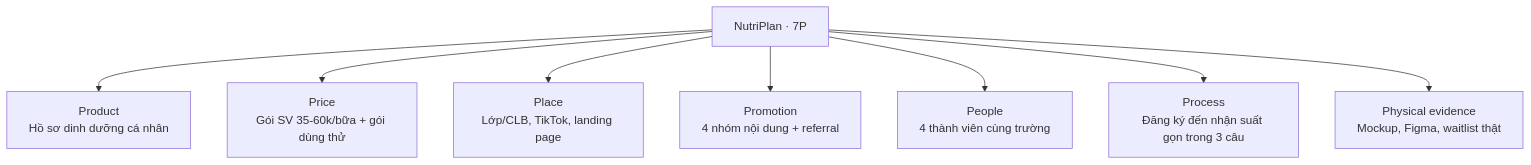
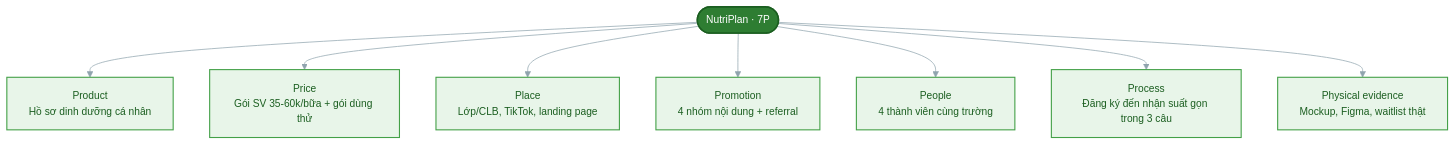
The second of 2 diagrams in docs/PA3-quang-ba/05-kenh-quang-ba.md (KieuDuyennn/start-up_nutriplan), drawn with Mermaid before and after one commit. The commit also changed other lines of this file, not shown here.

Commit message:
style(pa3): restyle item 5 channel and 7P diagrams

````diff
--- a/docs/PA3-quang-ba/05-kenh-quang-ba.md
+++ b/docs/PA3-quang-ba/05-kenh-quang-ba.md
@@ -113,11 +119,16 @@
 ```mermaid
+%%{init: {'theme':'base','themeVariables':{'fontFamily':'Segoe UI, Roboto, sans-serif','fontSize':'14px','lineColor':'#90A4AE'}}}%%
 flowchart TD
-  NP["NutriPlan · 7P"]
+  NP(["NutriPlan · 7P"])
   NP --> P1["Product<br/>Hồ sơ dinh dưỡng cá nhân"]
   NP --> P2["Price<br/>Gói SV 35-60k/bữa + gói dùng thử"]
   NP --> P3["Place<br/>Lớp/CLB, TikTok, landing page"]
   NP --> P4["Promotion<br/>4 nhóm nội dung + referral"]
   NP --> P5["People<br/>4 thành viên cùng trường"]
   NP --> P6["Process<br/>Đăng ký đến nhận suất gọn trong 3 câu"]
   NP --> P7["Physical evidence<br/>Mockup, Figma, waitlist thật"]
+  classDef center fill:#2E7D32,stroke:#1B5E20,stroke-width:2px,color:#FFFFFF;
+  classDef leaf fill:#E8F5E9,stroke:#43A047,stroke-width:1.5px,color:#1B5E20;
+  class NP center;
+  class P1,P2,P3,P4,P5,P6,P7 leaf;
 ```
````
